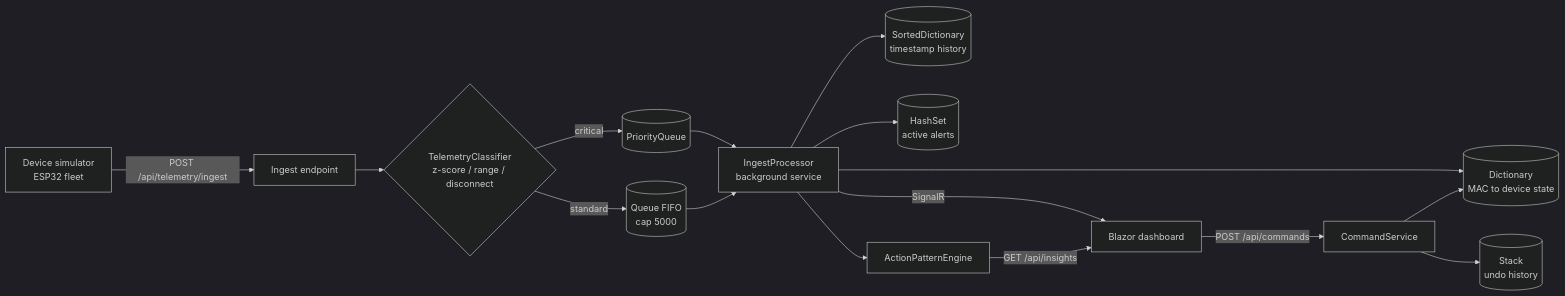
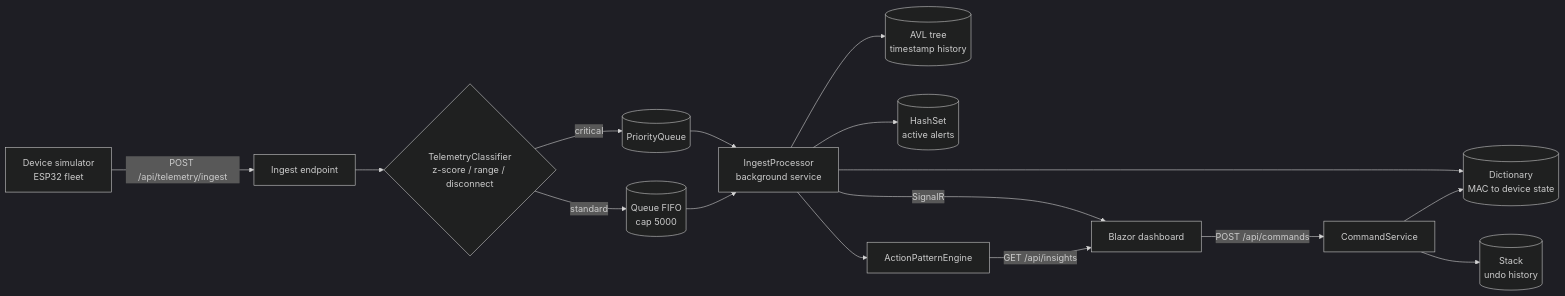
The diagram in README.md (VanNiekerkJoe/PROG7312st10445055part1), drawn with Mermaid (dark theme) before and after one commit. The commit also changed other lines of this file and 5 other files, not shown here.

Commit message:
Replace history SortedDictionary with AVL tree and add range queries

````diff
--- a/README.md
+++ b/README.md
@@ -82,18 +83,18 @@
 ```mermaid
 flowchart LR
     SIM[Device simulator<br/>ESP32 fleet] -->|POST /api/telemetry/ingest| EP[Ingest endpoint]
     EP --> CLS{TelemetryClassifier<br/>z-score / range / disconnect}
     CLS -->|critical| PQ[(PriorityQueue)]
     CLS -->|standard| Q[(Queue FIFO<br/>cap 5000)]
     PQ --> PROC[IngestProcessor<br/>background service]
     Q --> PROC
     PROC --> DS[(Dictionary<br/>MAC to device state)]
-    PROC --> SH[(SortedDictionary<br/>timestamp history)]
+    PROC --> SH[(AVL tree<br/>timestamp history)]
     PROC --> HS[(HashSet<br/>active alerts)]
     PROC --> PE[ActionPatternEngine]
     PROC -->|SignalR| UI[Blazor dashboard]
     UI -->|POST /api/commands| CMD[CommandService]
     CMD --> ST[(Stack<br/>undo history)]
     CMD --> DS
     PE -->|GET /api/insights| UI
 ```
````
